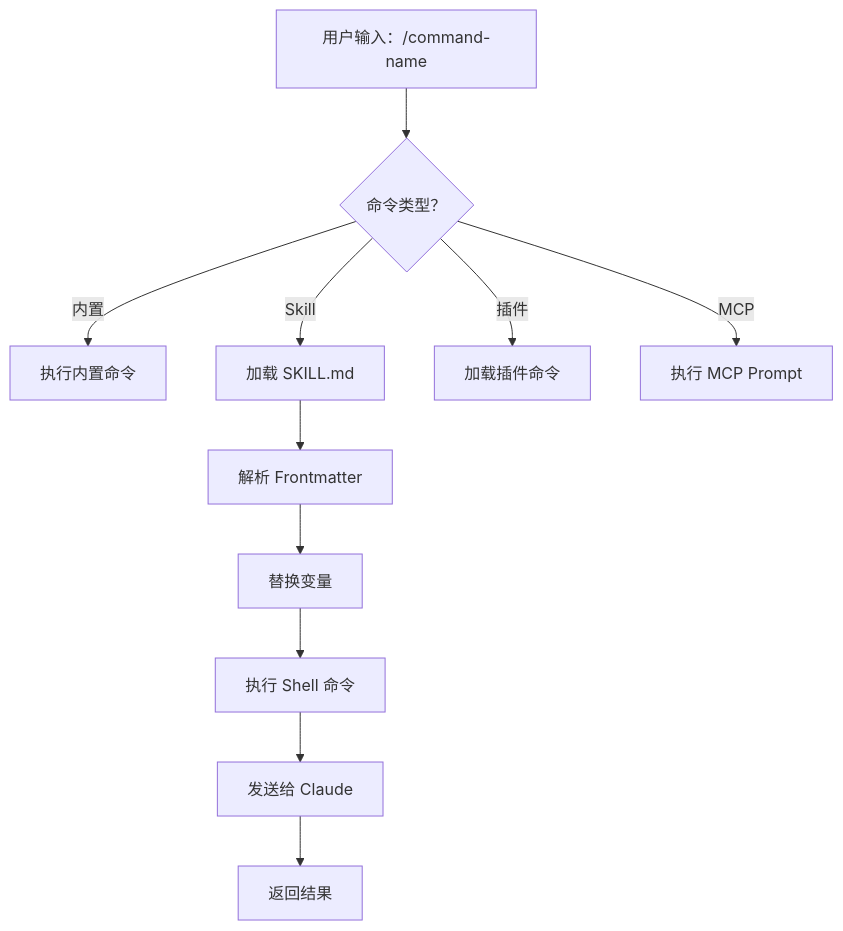
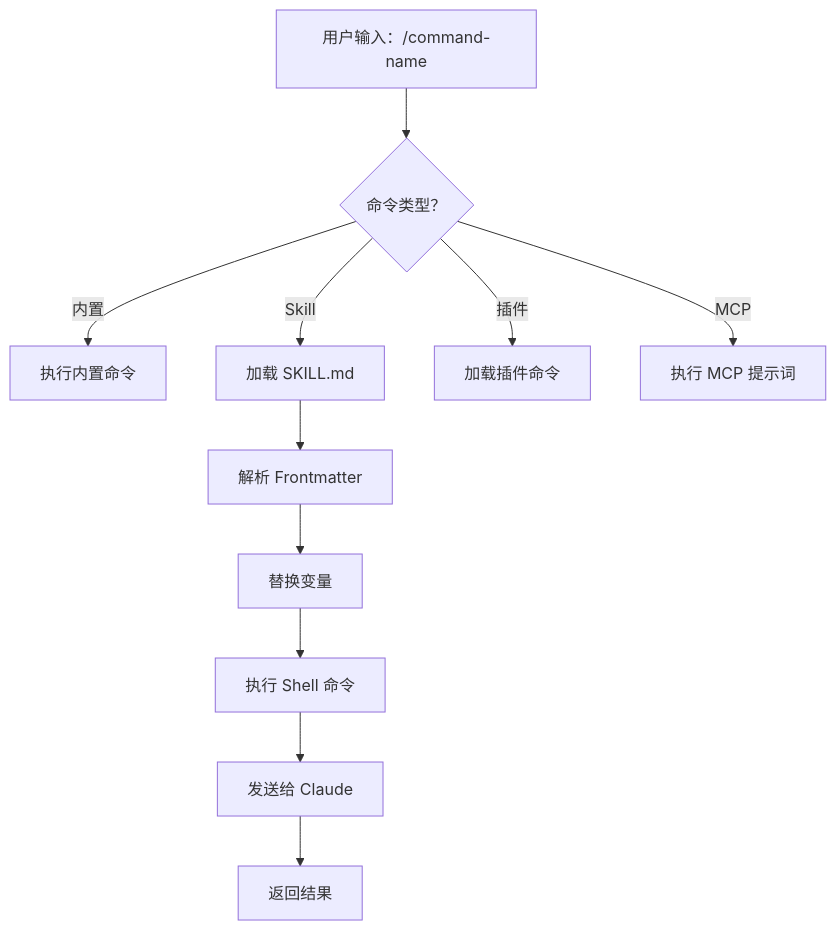
One commit to tanqingkuang/claude-howto changed the first of 2 diagrams in 01-slash-commands/README-CN.md. Above: the diagram before and after it, drawn with Mermaid. The commit also changed other lines of this file and 84 other files, not shown here.

````diff
--- a/01-slash-commands/README-CN.md
+++ b/01-slash-commands/README-CN.md
@@ -296,14 +297,14 @@
 ```mermaid
 graph TD
     A["用户输入：/command-name"] --> B{"命令类型？"}
     B -->|内置| C["执行内置命令"]
     B -->|Skill| D["加载 SKILL.md"]
     B -->|插件| E["加载插件命令"]
-    B -->|MCP| F["执行 MCP Prompt"]
+B -->|MCP| F["执行 MCP 提示词"]
 
     D --> G["解析 Frontmatter"]
     G --> H["替换变量"]
     H --> I["执行 Shell 命令"]
     I --> J["发送给 Claude"]
     J --> K["返回结果"]
 ```
````
